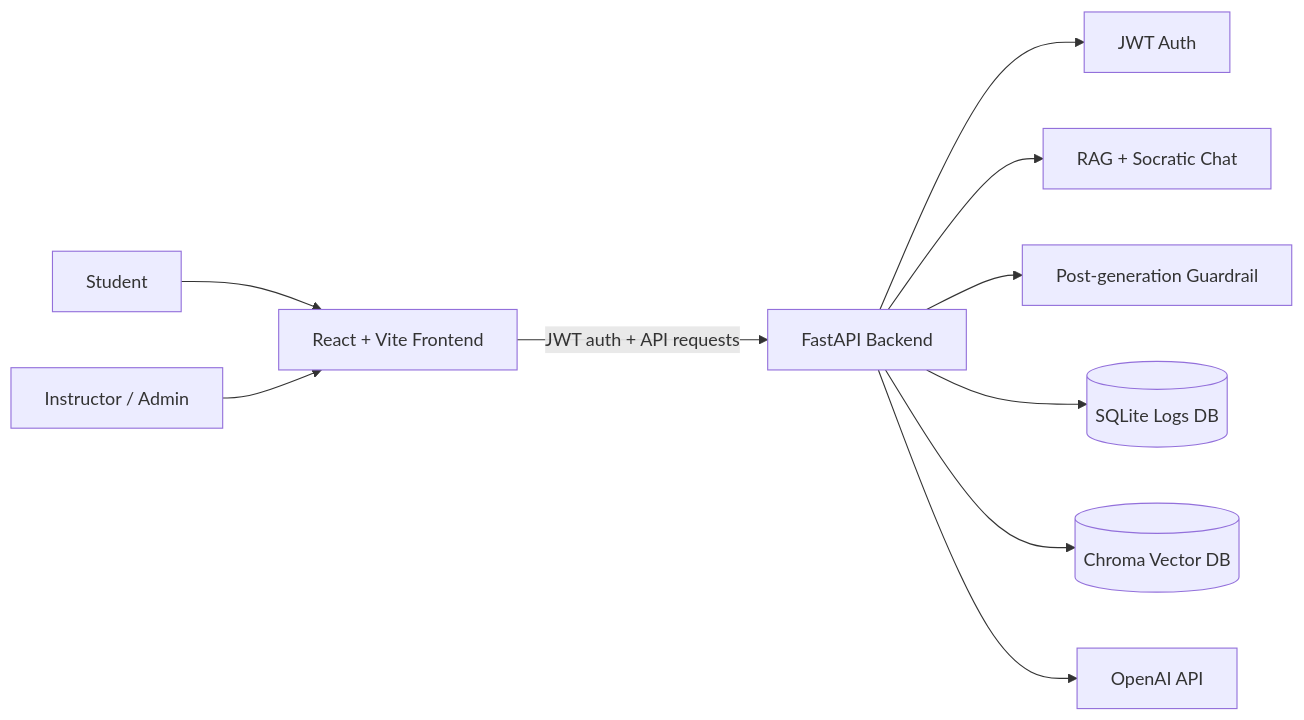
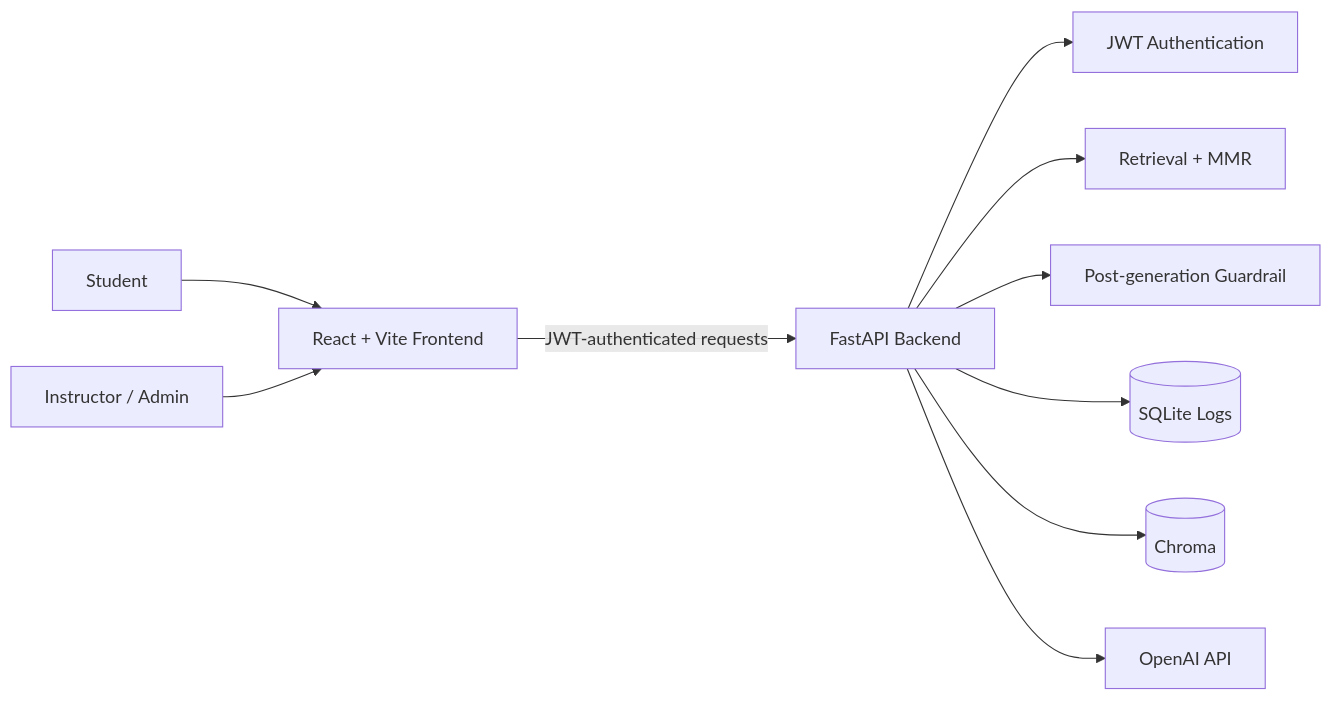
The fourth of 4 diagrams in README.md (SamPomeroy/our-door), drawn with Mermaid before and after one commit. The commit also changed other lines of this file, not shown here.

````diff
--- a/README.md
+++ b/README.md
@@ -156,13 +220,13 @@
 ```mermaid
 flowchart LR
   Student[Student] --> Frontend[React + Vite Frontend]
   Instructor[Instructor / Admin] --> Frontend
 
-  Frontend -->|JWT auth + API requests| Backend[FastAPI Backend]
-  Backend --> Auth[JWT Auth]
-  Backend --> Chat[RAG + Socratic Chat]
+  Frontend -->|JWT-authenticated requests| Backend[FastAPI Backend]
+  Backend --> Auth[JWT Authentication]
+  Backend --> RAG[Retrieval + MMR]
   Backend --> Guardrail[Post-generation Guardrail]
-  Backend --> Logs[(SQLite Logs DB)]
-  Backend --> Chroma[(Chroma Vector DB)]
+  Backend --> Logs[(SQLite Logs)]
+  Backend --> Chroma[(Chroma)]
   Backend --> OpenAI[OpenAI API]
 ```
````
